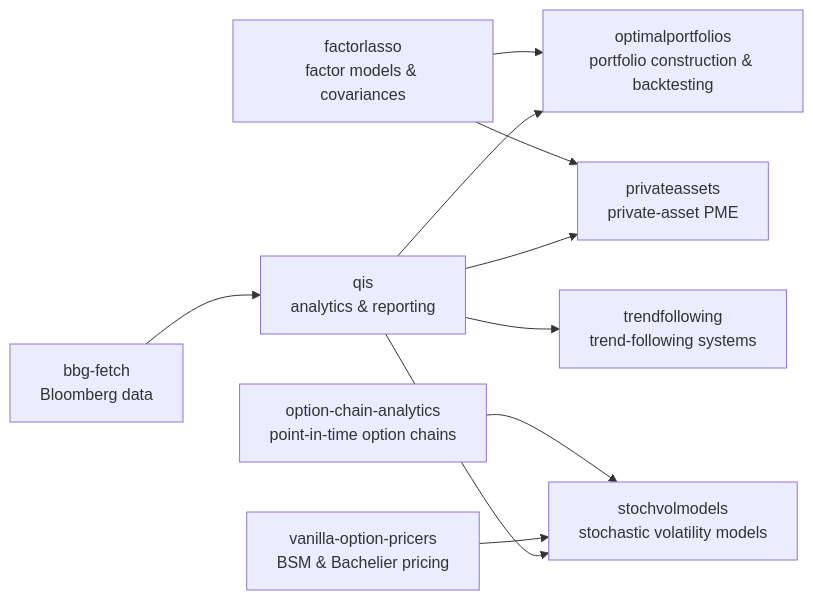
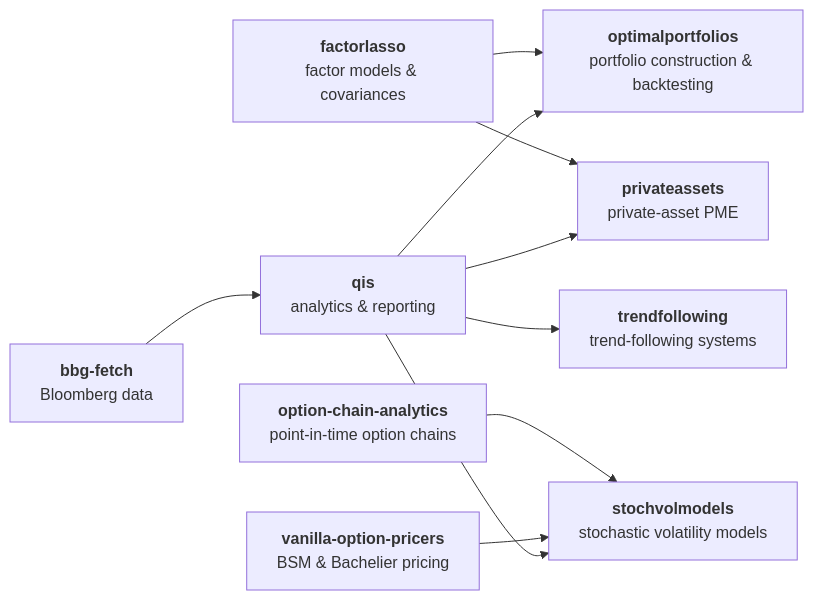
The diagram in README.md (ArturSepp/ArturSepp), drawn with Mermaid before and after one commit. The commit also changed other lines of this file and 1 other file, not shown here.

Commit message:
Emphasise package names in workflow

````diff
--- a/README.md
+++ b/README.md
@@ -56,19 +56,28 @@
 ```mermaid
 flowchart LR
-    fl["factorlasso<br/>factor models & covariances"]
-    qis["qis<br/>analytics & reporting"]
-    oca["option-chain-analytics<br/>point-in-time option chains"]
-    vop["vanilla-option-pricers<br/>BSM & Bachelier pricing"]
-    bbg["bbg-fetch<br/>Bloomberg data"] --> qis
+    fl["`**factorlasso**
+    factor models & covariances`"]
+    qis["`**qis**
+    analytics & reporting`"]
+    oca["`**option-chain-analytics**
+    point-in-time option chains`"]
+    vop["`**vanilla-option-pricers**
+    BSM & Bachelier pricing`"]
+    bbg["`**bbg-fetch**
+    Bloomberg data`"] --> qis
     bbg ~~~ fl
     bbg ~~~ oca
     bbg ~~~ vop
-    fl --> op["optimalportfolios<br/>portfolio construction & backtesting"]
+    fl --> op["`**optimalportfolios**
+    portfolio construction & backtesting`"]
     qis --> op
-    fl --> pa["privateassets<br/>private-asset PME"]
+    fl --> pa["`**privateassets**
+    private-asset PME`"]
     qis --> pa
-    qis --> tf["trendfollowing<br/>trend-following systems"]
-    oca --> svm["stochvolmodels<br/>stochastic volatility models"]
+    qis --> tf["`**trendfollowing**
+    trend-following systems`"]
+    oca --> svm["`**stochvolmodels**
+    stochastic volatility models`"]
     vop --> svm
     qis --> svm
 ```
````
